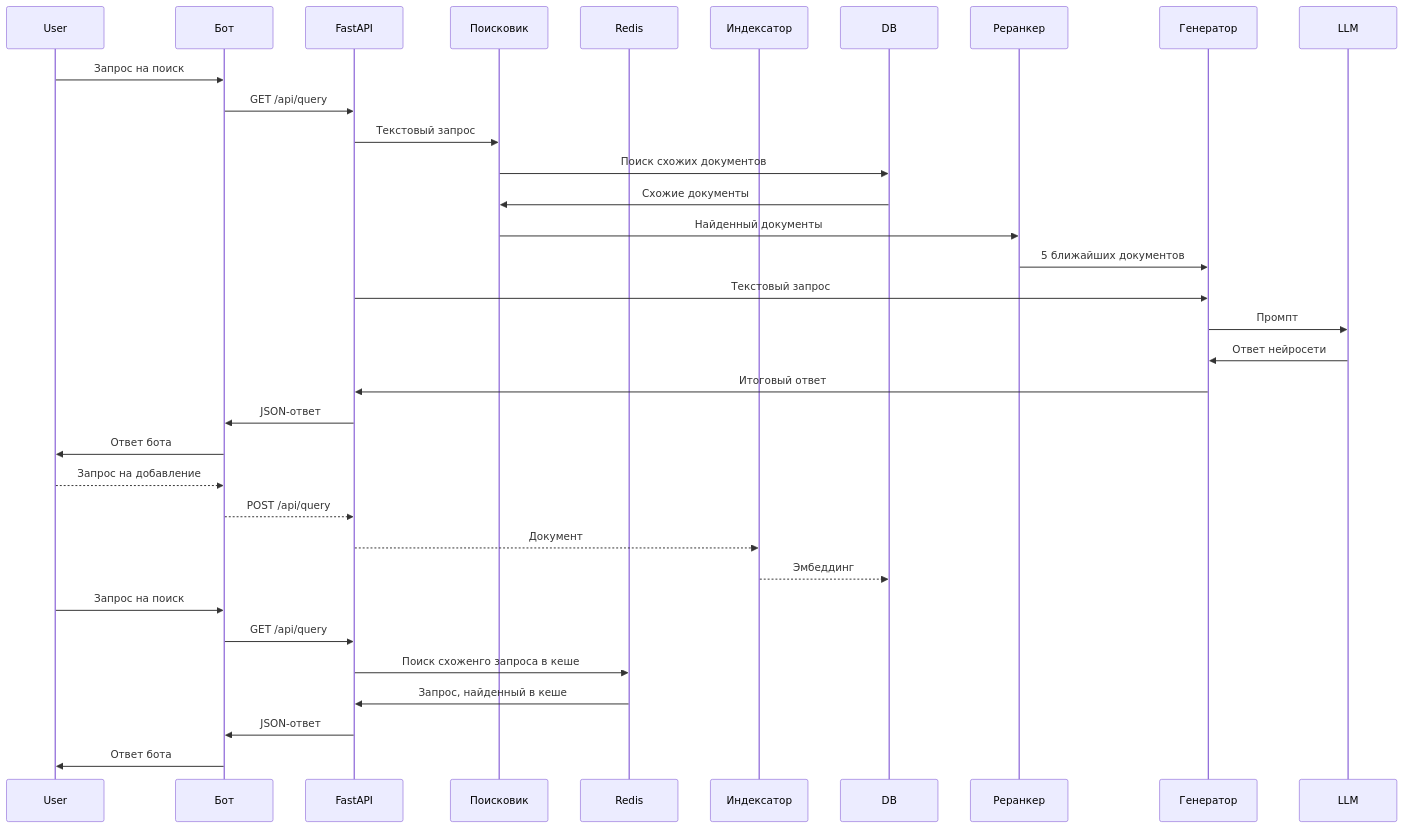
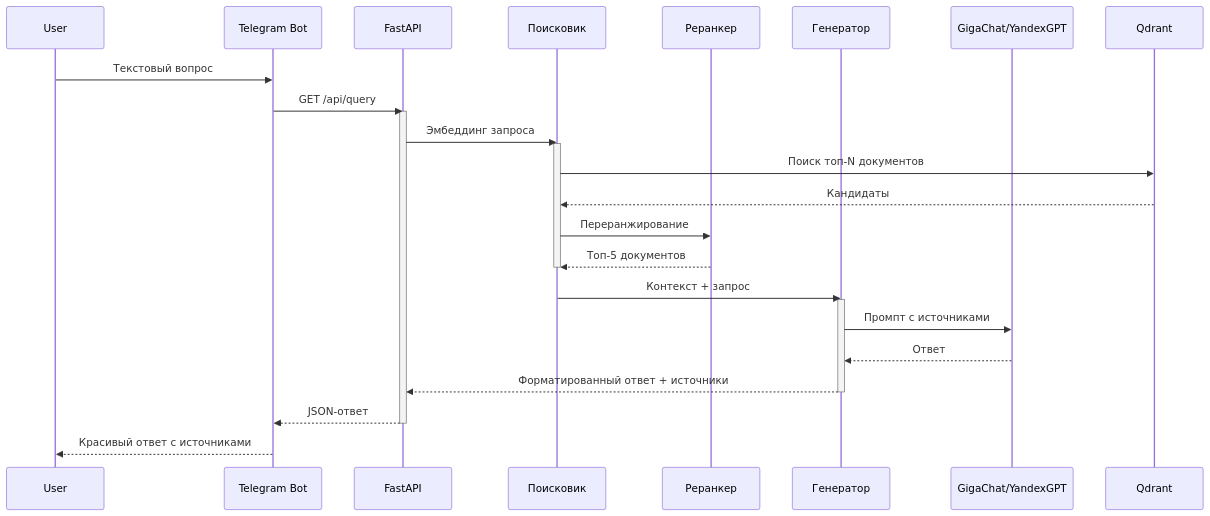
One commit to greathouseholder/final_project changed the third of 3 diagrams in docs/README.md. Above: the diagram before and after it, drawn with Mermaid. The commit also changed other lines of this file, not shown here.

````diff
--- a/docs/README.md
+++ b/docs/README.md
@@ -39,37 +121,34 @@
 ```mermaid
 sequenceDiagram
     participant User
-    participant Bot as Бот
-    participant FastAPI
-    participant Поисковик
-    participant Redis
-    participant Индексатор
-    participant DB
+    participant Bot as Telegram Bot
+    participant API as FastAPI
+    participant Search as Поисковик
+    participant Reranker as Реранкер
+    participant Generator as Генератор
+    participant LLM as GigaChat/YandexGPT
+    participant DB as Qdrant
 
-    User->>Bot: Запрос на поиск
-    Bot->>FastAPI: GET /api/query
-    FastAPI->>Поисковик: Текстовый запрос
-    Поисковик->>DB: Поиск схожих документов
-    DB->>Поисковик: Схожие документы
-    Поисковик->>Реранкер: Найденный документы
-    Реранкер->>Генератор: 5 ближайших документов
-    FastAPI->>Генератор: Текстовый запрос
-    Генератор->>LLM: Промпт
-    LLM->>Генератор: Ответ нейросети
-    Генератор->>FastAPI: Итоговый ответ
-    FastAPI->>Bot: JSON-ответ
-    Bot->>User: Ответ бота
+    User->>Bot: Текстовый вопрос
+    Bot->>API: GET /api/query
+    activate API
     
-
-    User-->>Bot:  Запрос на добавление
-    Bot-->>FastAPI: POST /api/query
-    FastAPI-->>Индексатор: Документ
-    Индексатор-->>DB: Эмбеддинг
-
-    User->>Bot: Запрос на поиск
-    Bot->>FastAPI: GET /api/query
-    FastAPI->>Redis: Поиск cхоженго запроса в кеше
-    Redis->>FastAPI: Запрос, найденный в кеше
-    FastAPI->>Bot: JSON-ответ
-    Bot->>User: Ответ бота
+    API->>Search: Эмбеддинг запроса
+    activate Search
+    Search->>DB: Поиск топ-N документов
+    DB-->>Search: Кандидаты
+    Search->>Reranker: Переранжирование
+    Reranker-->>Search: Топ-5 документов
+    deactivate Search
+    
+    Search->>Generator: Контекст + запрос
+    activate Generator
+    Generator->>LLM: Промпт с источниками
+    LLM-->>Generator: Ответ
+    Generator-->>API: Форматированный ответ + источники
+    deactivate Generator
+    
+    API-->>Bot: JSON-ответ
+    deactivate API
+    Bot-->>User: Красивый ответ с источниками
 ```
````
